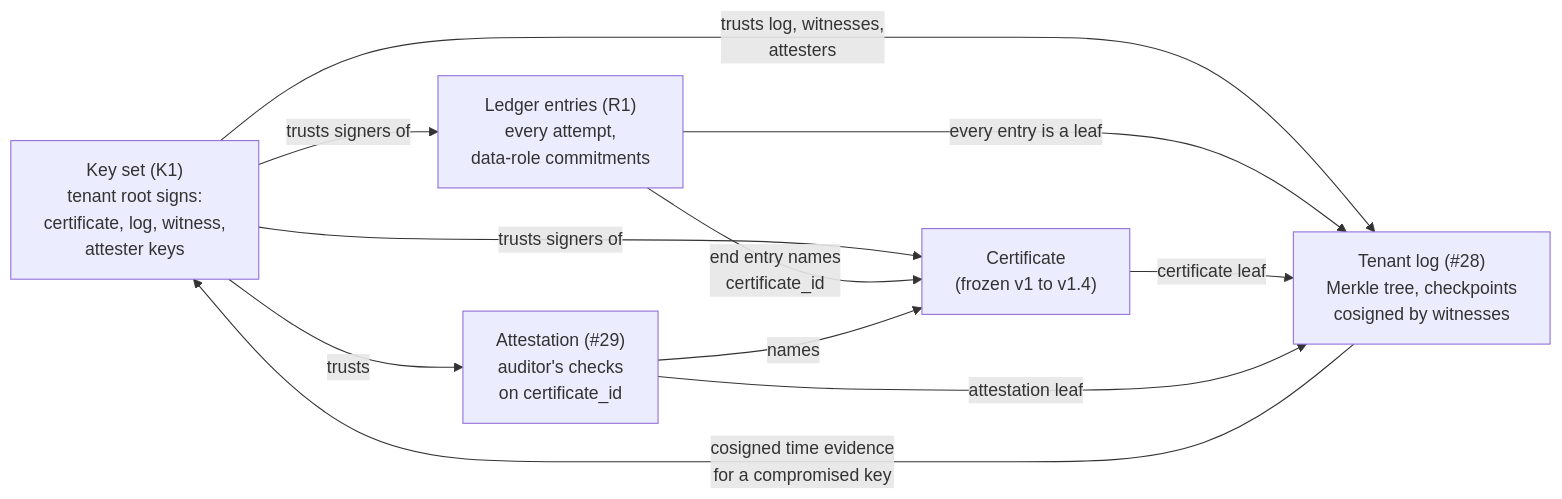
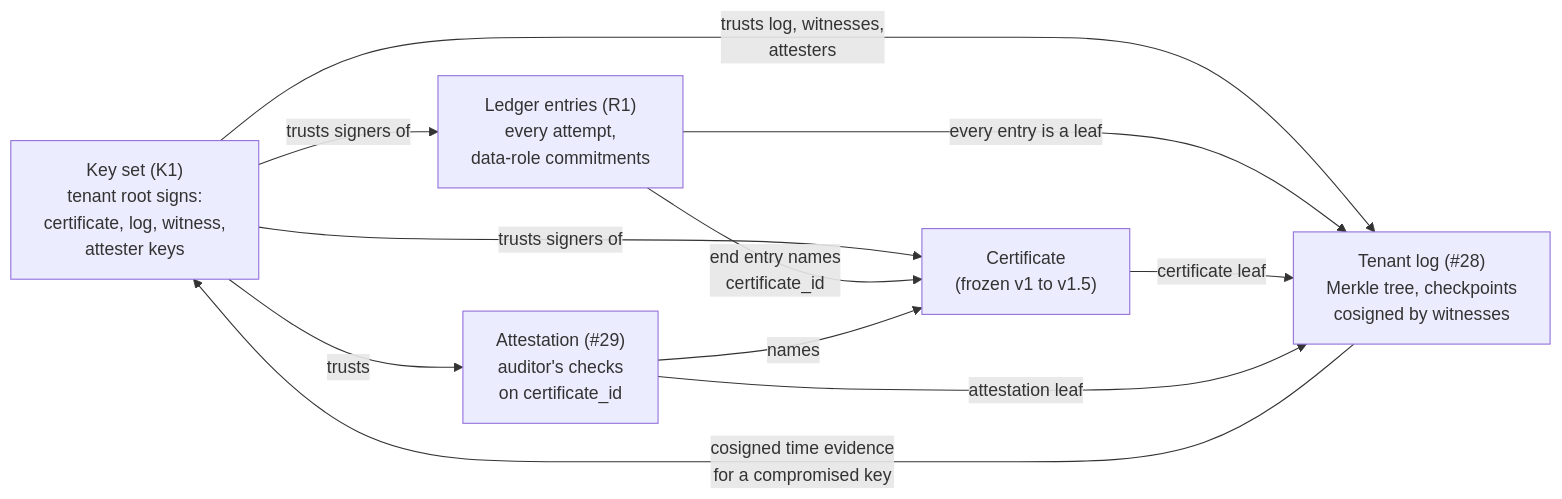
One commit to zer07labs/decision-cert changed the diagram in docs/design/README.md. Above: the diagram before and after it, drawn with Mermaid. The commit also changed other lines of this file and 8 other files, not shown here.

````diff
--- a/docs/design/README.md
+++ b/docs/design/README.md
@@ -61,18 +61,18 @@
 ```mermaid
 flowchart LR
   KS["Key set (K1)<br/>tenant root signs:<br/>certificate, log, witness,<br/>attester keys"]
   L["Ledger entries (R1)<br/>every attempt,<br/>data-role commitments"]
-  C["Certificate<br/>(frozen v1 to v1.4)"]
+  C["Certificate<br/>(frozen v1 to v1.5)"]
   T["Tenant log (#28)<br/>Merkle tree, checkpoints<br/>cosigned by witnesses"]
   A["Attestation (#29)<br/>auditor's checks<br/>on certificate_id"]
   KS -- "trusts signers of" --> C
   KS -- "trusts signers of" --> L
   KS -- "trusts log, witnesses,<br/>attesters" --> T
   KS -- "trusts" --> A
   L -- "end entry names<br/>certificate_id" --> C
   L -- "every entry is a leaf" --> T
   C -- "certificate leaf" --> T
   A -- "attestation leaf" --> T
   A -- "names" --> C
   T -- "cosigned time evidence<br/>for a compromised key" --> KS
 ```
````
